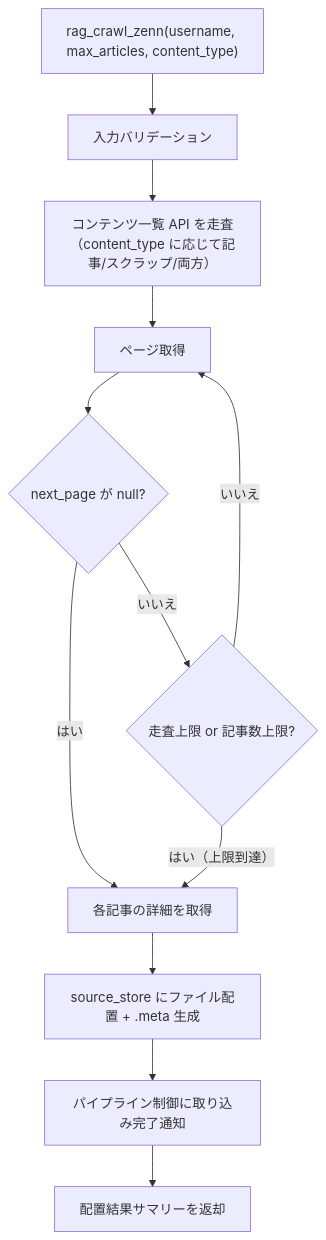
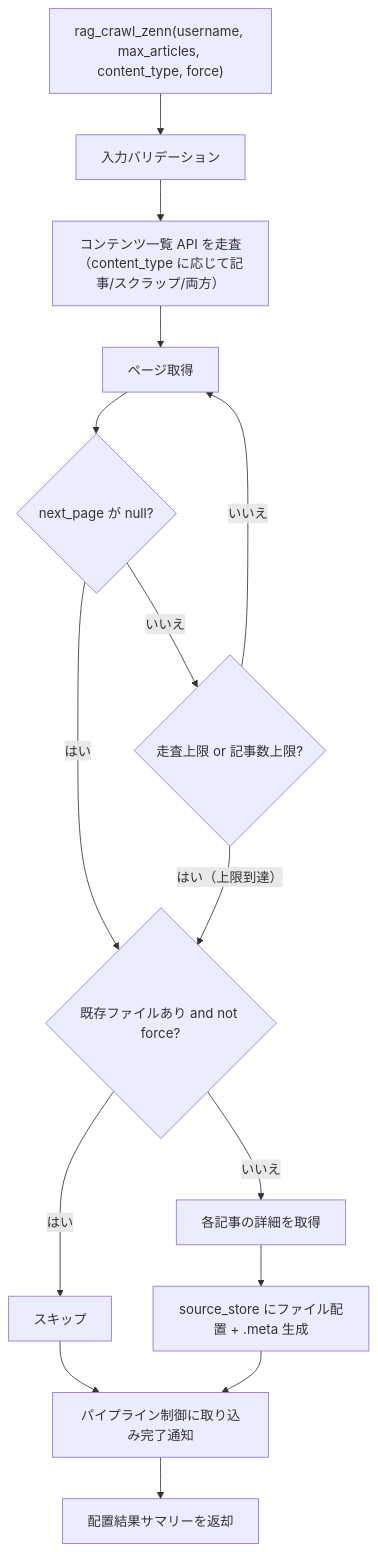
Before and after one commit to becky3/rag-knowledge: the diagram in docs/specs/ingesters/zenn.md, drawn with Mermaid. The commit also changed other lines of this file and 5 other files, not shown here.

````diff
--- a/docs/specs/ingesters/zenn.md
+++ b/docs/specs/ingesters/zenn.md
@@ -232,25 +235,30 @@
 ```mermaid
 flowchart TD
-    START["rag_crawl_zenn(username, max_articles, content_type)"]
+    START["rag_crawl_zenn(username, max_articles, content_type, force)"]
     VALIDATE["入力バリデーション"]
     DISCOVER["コンテンツ一覧 API を走査（content_type に応じて記事/スクラップ/両方）"]
     PAGE["ページ取得"]
     CHECK_NEXT{"next_page が null?"}
     CHECK_LIMIT{"走査上限 or 記事数上限?"}
+    CHECK_EXIST{"既存ファイルあり and not force?"}
+    SKIP["スキップ"]
     FETCH["各記事の詳細を取得"]
     PLACE["source_store にファイル配置 + .meta 生成"]
     NOTIFY["パイプライン制御に取り込み完了通知"]
     RESULT["配置結果サマリーを返却"]
 
     START --> VALIDATE
     VALIDATE --> DISCOVER
     DISCOVER --> PAGE
     PAGE --> CHECK_NEXT
-    CHECK_NEXT -->|"はい"| FETCH
+    CHECK_NEXT -->|"はい"| CHECK_EXIST
     CHECK_NEXT -->|"いいえ"| CHECK_LIMIT
-    CHECK_LIMIT -->|"はい（上限到達）"| FETCH
+    CHECK_LIMIT -->|"はい（上限到達）"| CHECK_EXIST
     CHECK_LIMIT -->|"いいえ"| PAGE
+    CHECK_EXIST -->|"はい"| SKIP
+    CHECK_EXIST -->|"いいえ"| FETCH
     FETCH --> PLACE
+    SKIP --> NOTIFY
     PLACE --> NOTIFY
     NOTIFY --> RESULT
 ```
````
